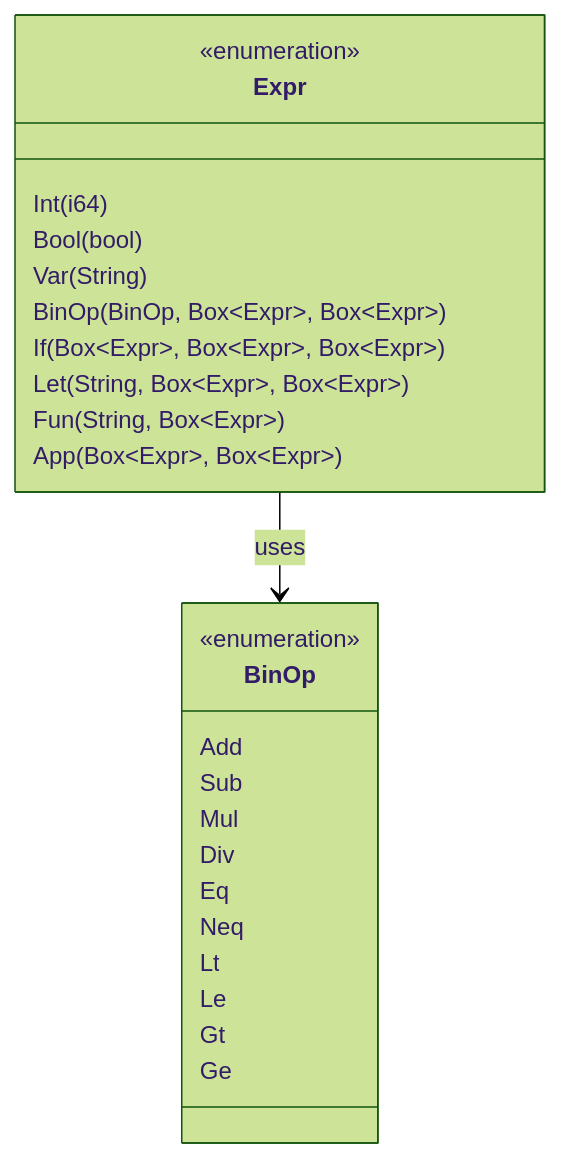
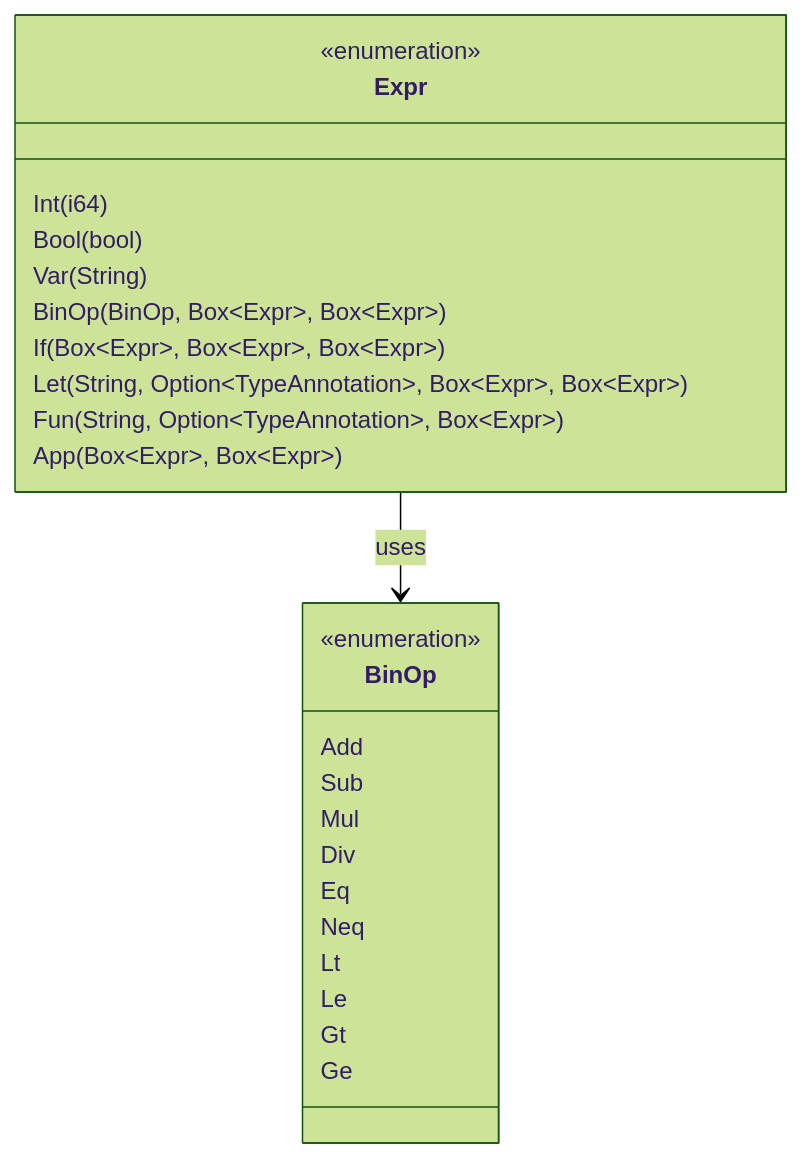
One commit to vansweej/parlang changed the first of 5 diagrams in docs/MODULE_AST.md. Above: the diagram before and after it, drawn with Mermaid (forest theme). The commit also changed other lines of this file, not shown here.

First line of the commit message:
docs: update MODULE_AST mermaid entries Let heading and Let structure bullets

````diff
--- a/docs/MODULE_AST.md
+++ b/docs/MODULE_AST.md
@@ -110,30 +110,30 @@
 ```mermaid
 classDiagram
     class Expr {
         <<enumeration>>
         Int(i64)
         Bool(bool)
         Var(String)
         BinOp(BinOp, Box~Expr~, Box~Expr~)
         If(Box~Expr~, Box~Expr~, Box~Expr~)
-        Let(String, Box~Expr~, Box~Expr~)
-        Fun(String, Box~Expr~)
+        Let(String, Option~TypeAnnotation~, Box~Expr~, Box~Expr~)
+        Fun(String, Option~TypeAnnotation~, Box~Expr~)
         App(Box~Expr~, Box~Expr~)
     }
     
     class BinOp {
         <<enumeration>>
         Add
         Sub
         Mul
         Div
         Eq
         Neq
         Lt
         Le
         Gt
         Ge
     }
     
     Expr --> BinOp : uses
 ```
````
